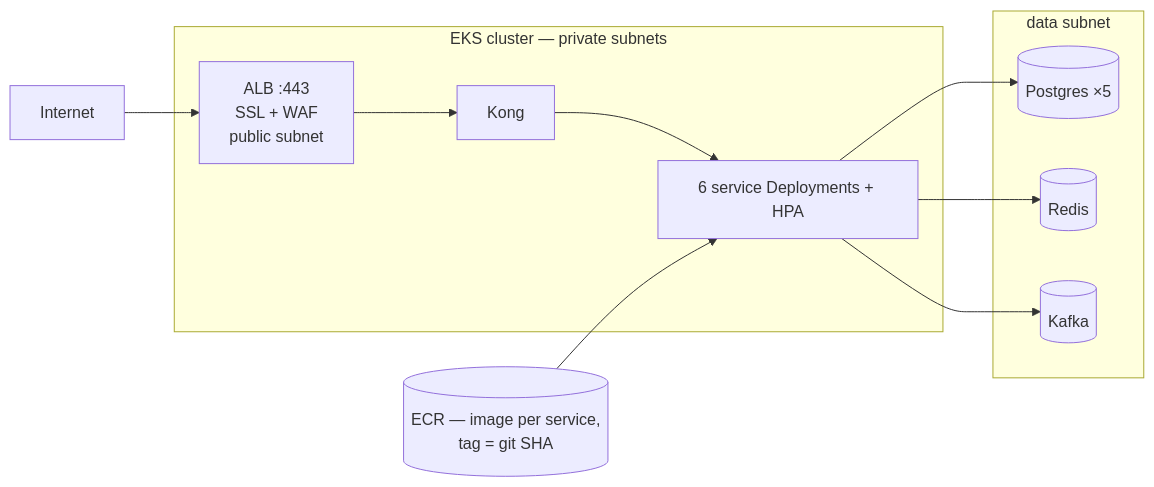
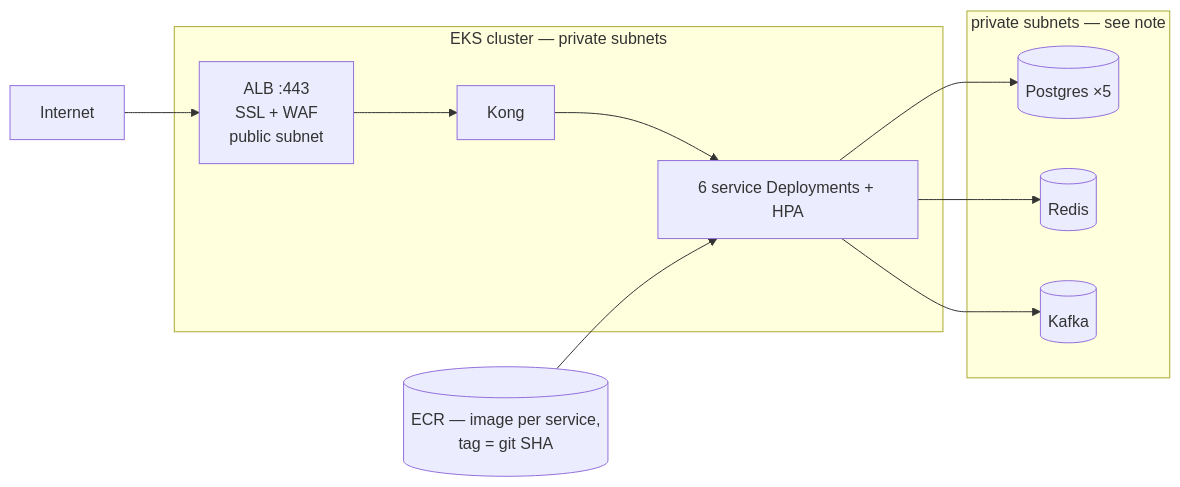
Before and after one commit to SumedhDhamdhere/ci-cd-eks-test: the fourth of 5 diagrams in docs/ARCHITECTURE.md, drawn with Mermaid. The commit also changed other lines of this file and 15 other files, not shown here.

````diff
--- a/docs/ARCHITECTURE.md
+++ b/docs/ARCHITECTURE.md
@@ -110,15 +153,15 @@
 ```mermaid
 flowchart LR
     NET[Internet] --> ALB[ALB :443<br/>SSL + WAF<br/>public subnet]
     subgraph EKS[EKS cluster — private subnets]
         ALB --> KONG[Kong]
         KONG --> SVC[6 service Deployments + HPA]
     end
-    subgraph DATA[data subnet]
+    subgraph DATA[private subnets — see note]
         PG[(Postgres ×5)]
         RD[(Redis)]
         KF[(Kafka)]
     end
     SVC --> PG & RD & KF
     ECR[(ECR — image per service,<br/>tag = git SHA)] --> SVC
 ```
````
